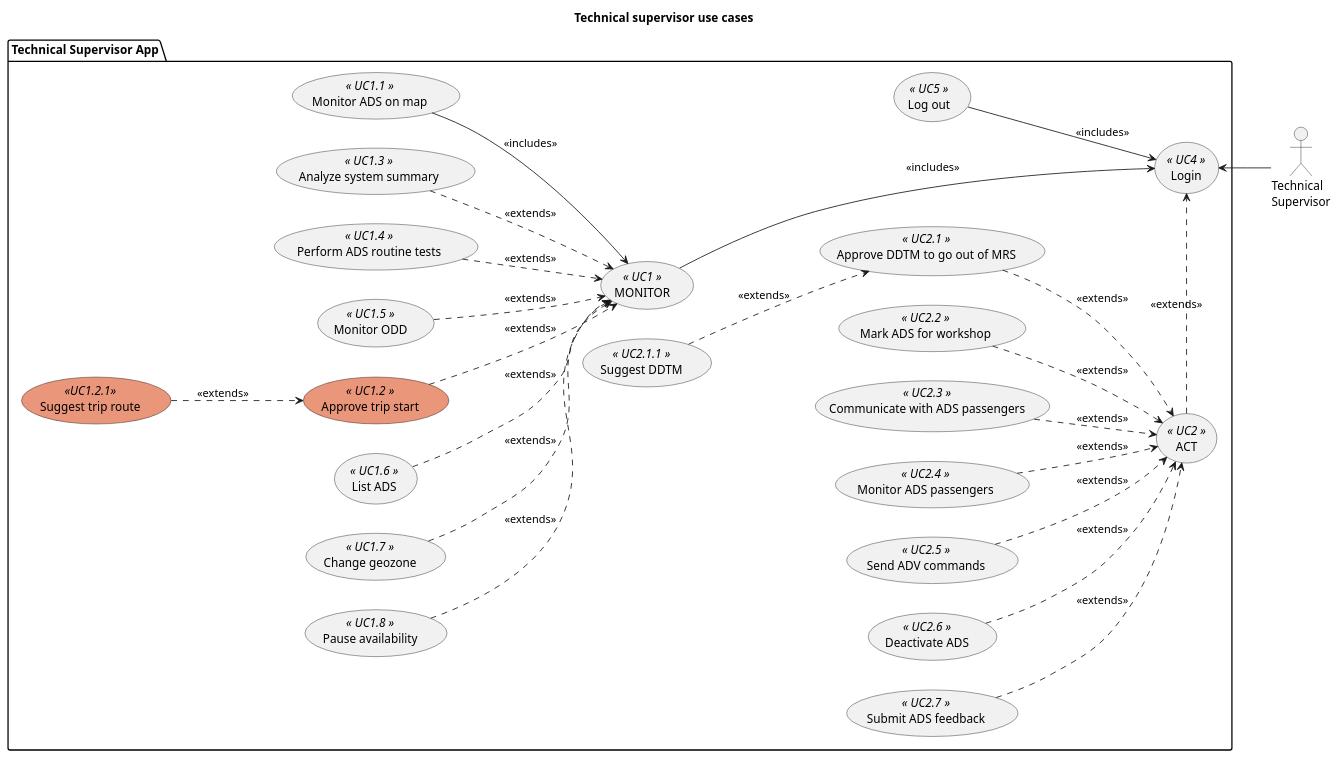
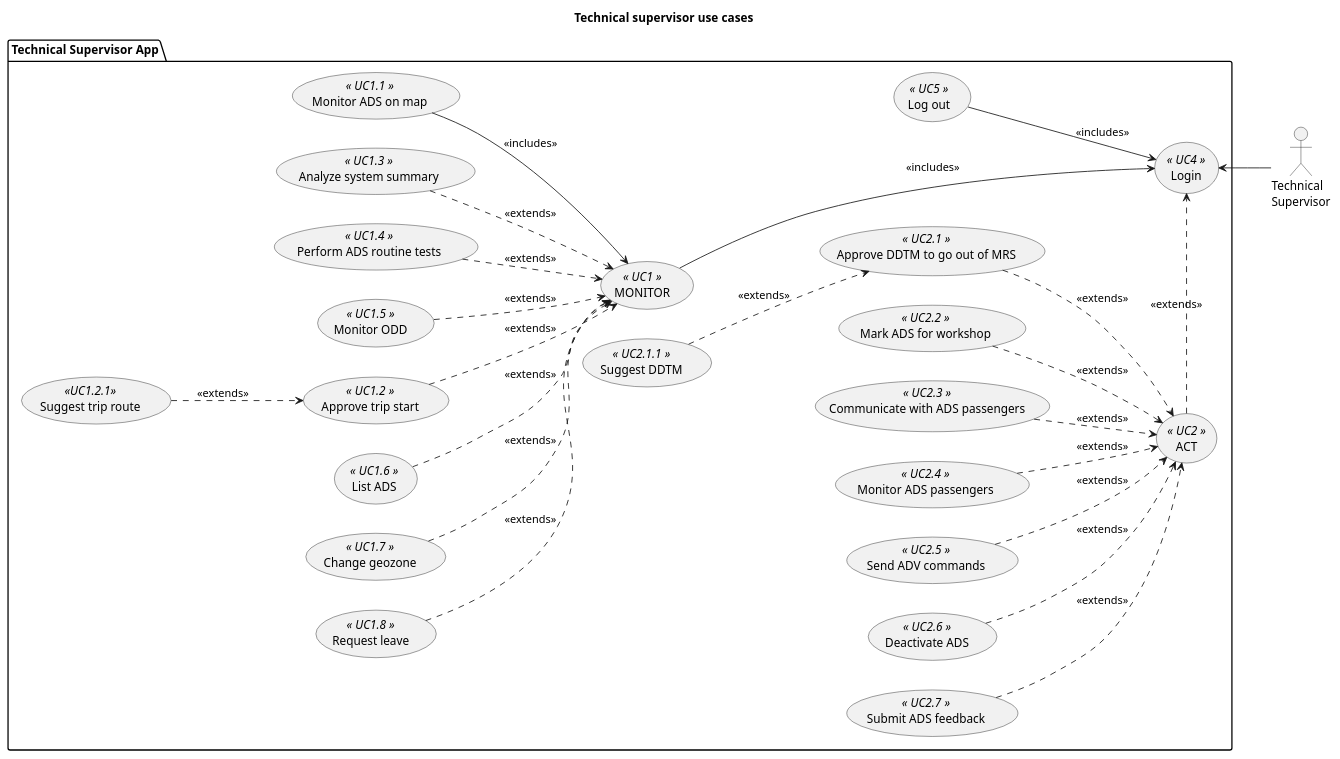
One commit to bruno-motorai/uml changed the diagram in technical_supervisor/use_cases/use_cases_technical_supervisor.pu. Above: the diagram before and after it, drawn with PlantUML. The commit also changed 2 other files, not shown here.

Commit message:
Remove highlight from trip start approval

```diff
--- a/technical_supervisor/use_cases/use_cases_technical_supervisor.pu
+++ b/technical_supervisor/use_cases/use_cases_technical_supervisor.pu
@@ -1,63 +1,63 @@
 @startuml ts_use_cases
 title Technical supervisor use cases
 
 left to right direction
 
 actor :Technical\nSupervisor: as TS1
 
 package "Technical Supervisor App" {
     usecase UC4 as (Login) <<  UC4  >>
     usecase UC5 as (Log out) <<  UC5  >>
     usecase UC1 as (MONITOR)<<  UC1  >>
     usecase UC2 as (ACT) <<  UC2  >>
 
     ' Supervise system
     usecase UC102 as (Monitor ADS on map) <<  UC1.1  >>
-    usecase UC100 as (Approve trip start) <<  UC1.2  >> #DarkSalmon
+    usecase UC100 as (Approve trip start) <<  UC1.2  >>
     usecase UC101 as (Analyze system summary) <<  UC1.3  >>
     usecase UC104 as (Perform ADS routine tests) <<  UC1.4  >>
     usecase UC105 as (Monitor ODD) <<  UC1.5  >>
-    usecase UC106 as (Suggest trip route) << UC1.2.1 >> #DarkSalmon
+    usecase UC106 as (Suggest trip route) << UC1.2.1 >>
     usecase UC107 as (List ADS) <<  UC1.6  >>
     usecase UC108 as (Change geozone) <<  UC1.7  >>
-    usecase UC109 as (Pause availability) <<  UC1.8  >>
+    usecase UC109 as (Request leave) <<  UC1.8  >>
 
     ' Supervise ADS
     usecase UC201 as (Approve DDTM to go out of MRS) <<  UC2.1  >>
     usecase UC202 as (Suggest DDTM) <<  UC2.1.1  >>
     usecase UC203 as (Mark ADS for workshop) <<  UC2.2  >>
     usecase UC204 as (Communicate with ADS passengers) <<  UC2.3  >>
     usecase UC205 as (Monitor ADS passengers) <<  UC2.4  >>
     usecase UC206 as (Send ADV commands) <<  UC2.5  >>
     usecase UC207 as (Deactivate ADS) <<  UC2.6  >>
     usecase UC208 as (Submit ADS feedback) <<  UC2.7  >>  
 }
 
 ' User connections
 TS1 -up-> UC4
 UC2 -> UC4 #line.dashed : <<extends>> 
 UC1 ---> UC4 : <<includes>> 
 UC5 --> UC4 : <<includes>>
 
 ' Supervise system
 UC100 --> UC1 #line.dashed : <<extends>>
 UC106 --> UC100 #line.dashed : <<extends>>
 UC101 --> UC1 #line.dashed : <<extends>>
 UC102 --> UC1 : <<includes>>
 UC104 --> UC1 #line.dashed : <<extends>>
 UC105 --> UC1 #line.dashed : <<extends>>
 UC107 --> UC1 #line.dashed : <<extends>>
 UC108 -d-> UC1 #line.dashed : <<extends>>
 UC109 --> UC1 #line.dashed : <<extends>>
 
 ' Supervise ADS
 UC201 --> UC2 #line.dashed : <<extends>>
 UC202 --> UC201 #line.dashed : <<extends>>
 UC203 --> UC2 #line.dashed : <<extends>>
 UC204 --> UC2 #line.dashed : <<extends>>
 UC205 --> UC2 #line.dashed : <<extends>>
 UC206 --> UC2 #line.dashed : <<extends>>
 UC207 --> UC2 #line.dashed : <<extends>>
 UC208 --> UC2 #line.dashed : <<extends>>
 
 @enduml
```
